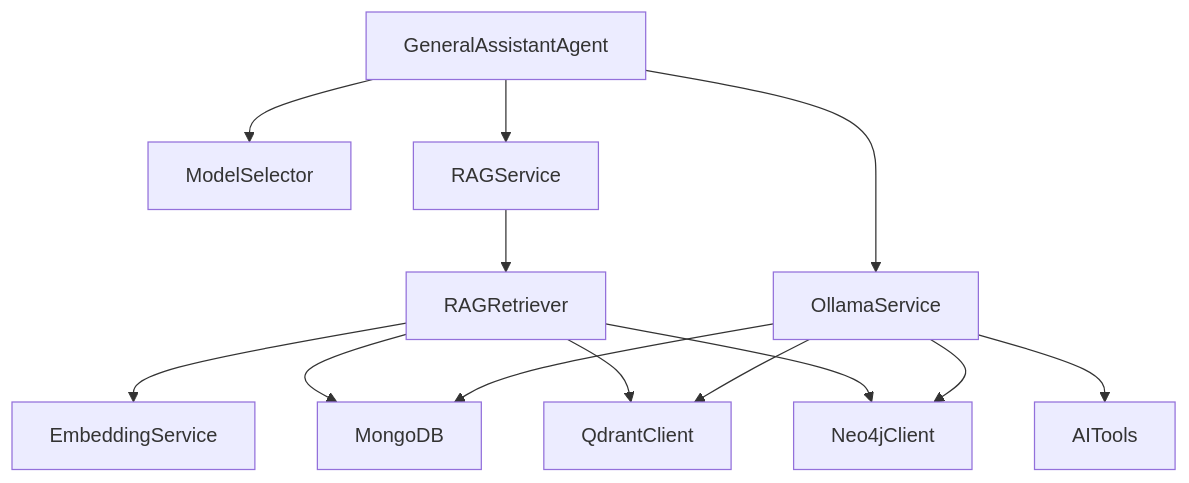
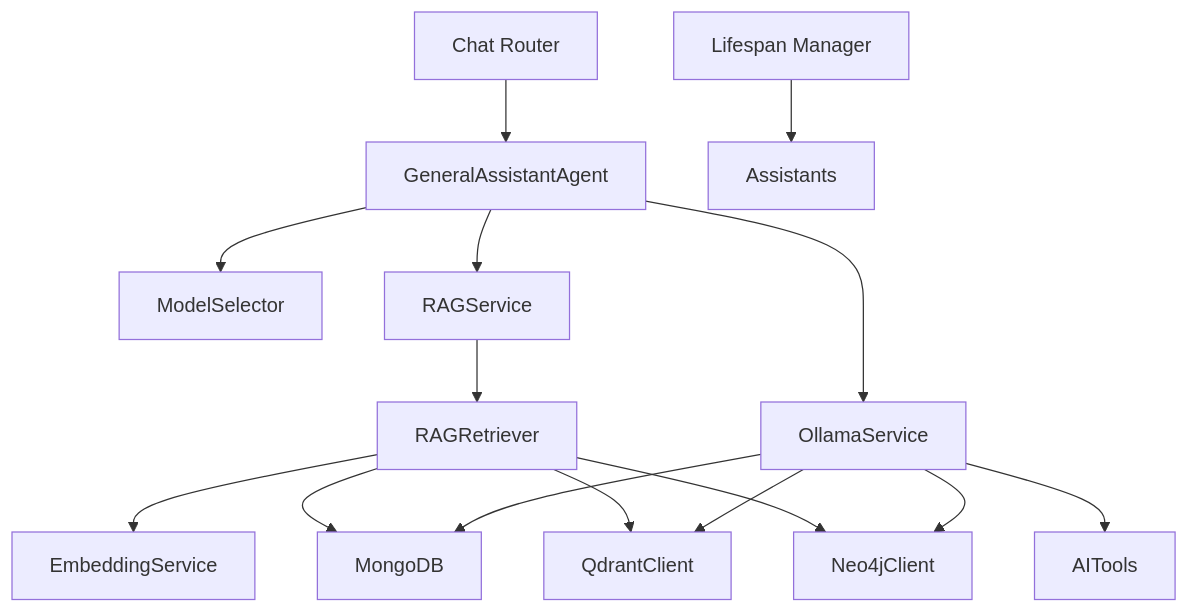
One commit to iammm0/advanced-rag changed the fifth of 5 diagrams in .qoder/repowiki/zh/content/核心功能模块/AI代理系统/通用助理代理.md. Above: the diagram before and after it, drawn with Mermaid. The commit also changed other lines of this file and 12 other files, not shown here.

````diff
--- a/.qoder/repowiki/zh/content/核心功能模块/AI代理系统/通用助理代理.md
+++ b/.qoder/repowiki/zh/content/核心功能模块/AI代理系统/通用助理代理.md
@@ -377,15 +331,17 @@
 ```mermaid
 graph TB
 GA["GeneralAssistantAgent"] --> MS["ModelSelector"]
 GA --> RS["RAGService"]
 GA --> OS["OllamaService"]
 RS --> RR["RAGRetriever"]
 RR --> ES["EmbeddingService"]
 RR --> MC["MongoDB"]
 RR --> QC["QdrantClient"]
 RR --> NC["Neo4jClient"]
 OS --> AT["AITools"]
 OS --> MC
 OS --> QC
 OS --> NC
+CH["Chat Router"] --> GA
+LS["Lifespan Manager"] --> AS["Assistants"]
 ```
````
